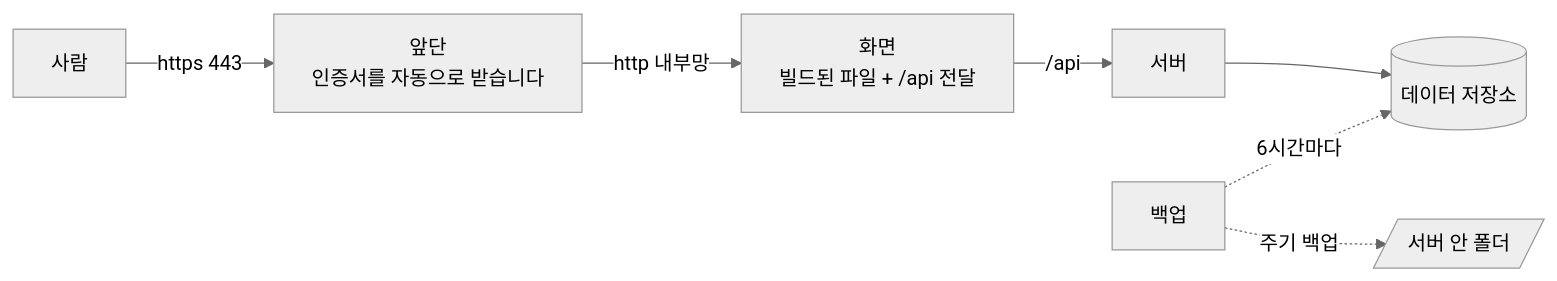
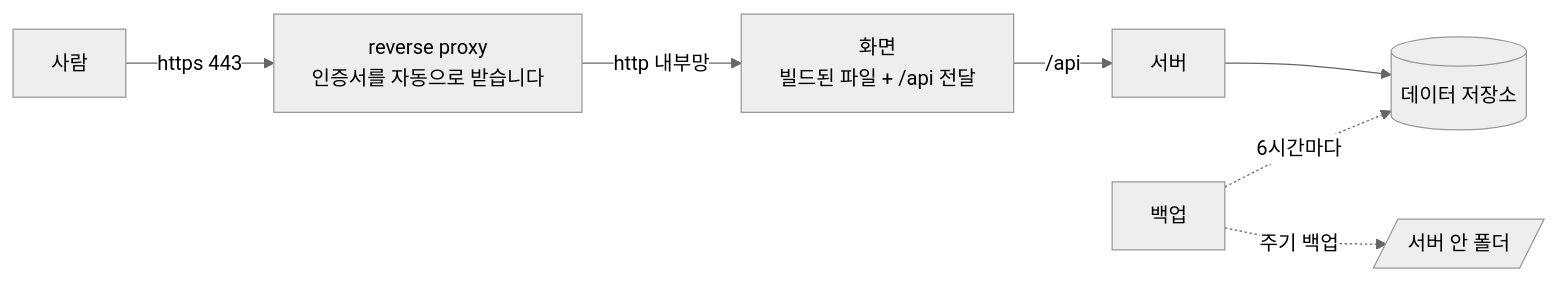
One commit to minkong-dev/Banblit changed the diagram in .cluedoc/deployment/README.md. Above: the diagram before and after it, drawn with Mermaid (neutral theme). The commit also changed other lines of this file and 2 other files, not shown here.

Commit message:
docs: call the reverse proxy by its name instead of 앞단 in the deployment paper, COMMAND.md and compose

````diff
--- a/.cluedoc/deployment/README.md
+++ b/.cluedoc/deployment/README.md
@@ -19,9 +19,9 @@
 ```mermaid
 flowchart LR
-    U[사람] -->|https 443| C[앞단<br/>인증서를 자동으로 받습니다]
+    U[사람] -->|https 443| C[reverse proxy<br/>인증서를 자동으로 받습니다]
     C -->|http 내부망| W[화면<br/>빌드된 파일 + /api 전달]
     W -->|/api| A[서버]
     A --> D[(데이터 저장소)]
     B[백업] -.6시간마다.-> D
     B -.주기 백업.-> H[/서버 안 폴더/]
 ```
````
